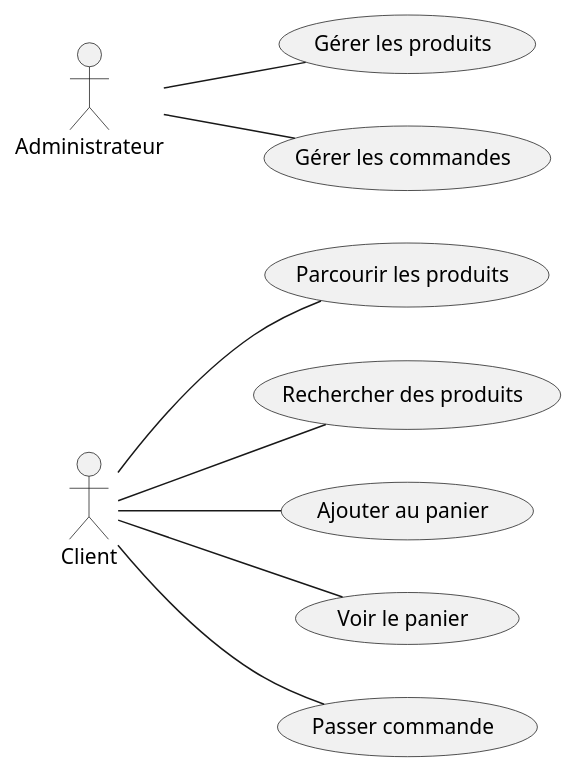
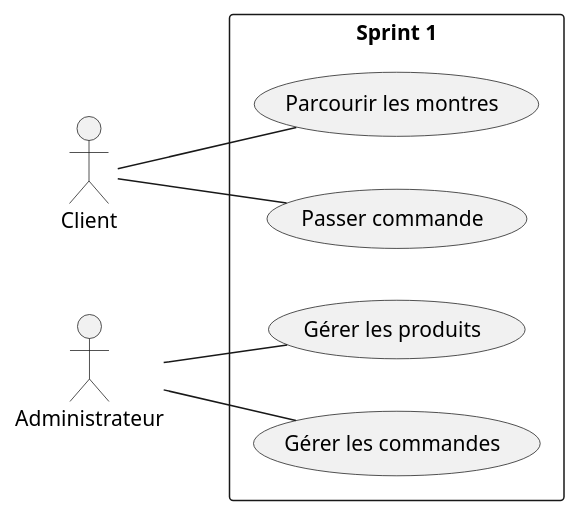
Before and after one commit to dinadehbi/Website-Ecommerce-Watches: the diagram in Analyse/sprint1.puml, drawn with PlantUML. The commit also changed 2 other files, not shown here.

Commit message:
Diagramme de cas d'utilisation modification

```diff
--- a/Analyse/sprint1.puml
+++ b/Analyse/sprint1.puml
@@ -1,23 +1,17 @@
-@startuml Montres_ecommerce
+@startuml Sprint1_Montres_ecommerce
 left to right direction
 actor Client
 actor Administrateur
 
-usecase "Parcourir les produits" as UC_Browse
-usecase "Rechercher des produits" as UC_Search
-usecase "Ajouter au panier" as UC_AddCart
-usecase "Voir le panier" as UC_ViewCart
-usecase "Passer commande" as UC_Order
-usecase "Gérer les produits" as UC_ManageProducts
-usecase "Gérer les commandes" as UC_ManageOrders
+rectangle "Sprint 1" {
+  usecase "Parcourir les montres" as UC_Browse
+  usecase "Passer commande" as UC_Order
+  usecase "Gérer les produits" as UC_ManageProducts
+  usecase "Gérer les commandes" as UC_ManageOrders
+}
 
+Client -- UC_Browse
+Client -- UC_Order
 Administrateur -- UC_ManageProducts
 Administrateur -- UC_ManageOrders
-
-Client -- UC_AddCart
-Client -- UC_ViewCart
-Client -- UC_Browse
-Client -- UC_Search
-Client -- UC_Order
-
 @enduml
```
